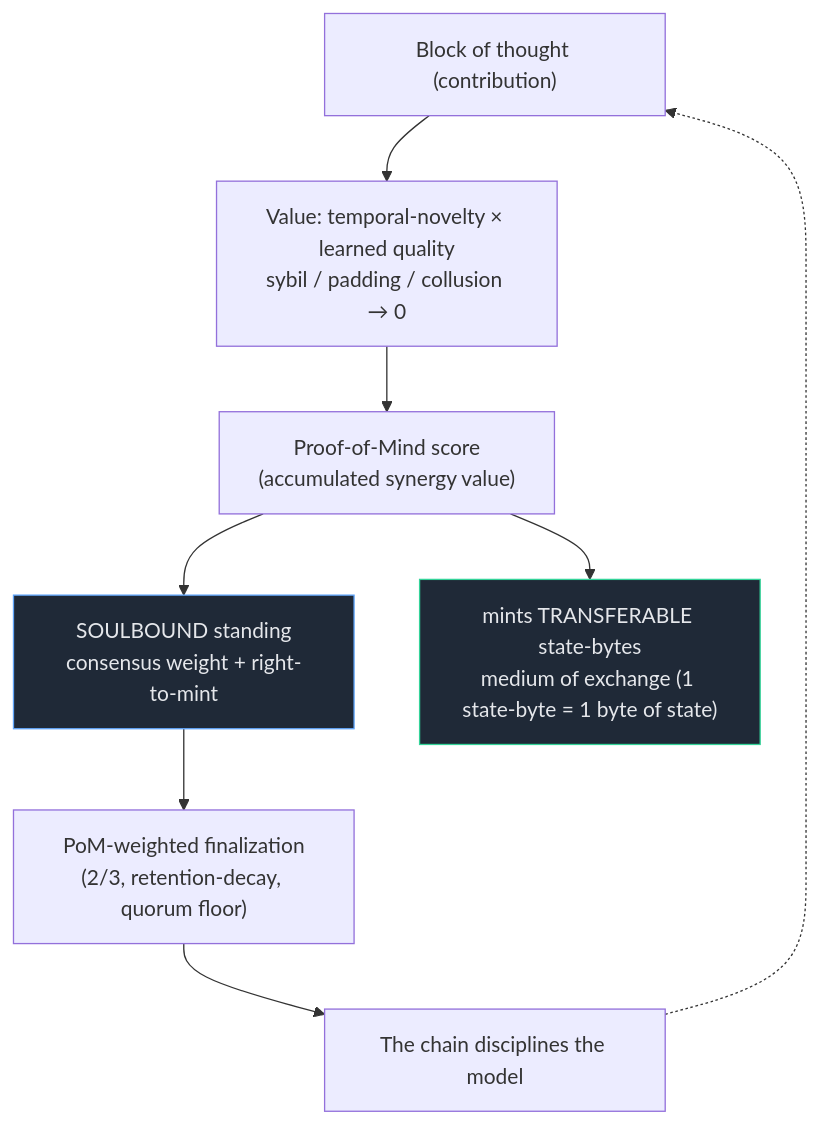
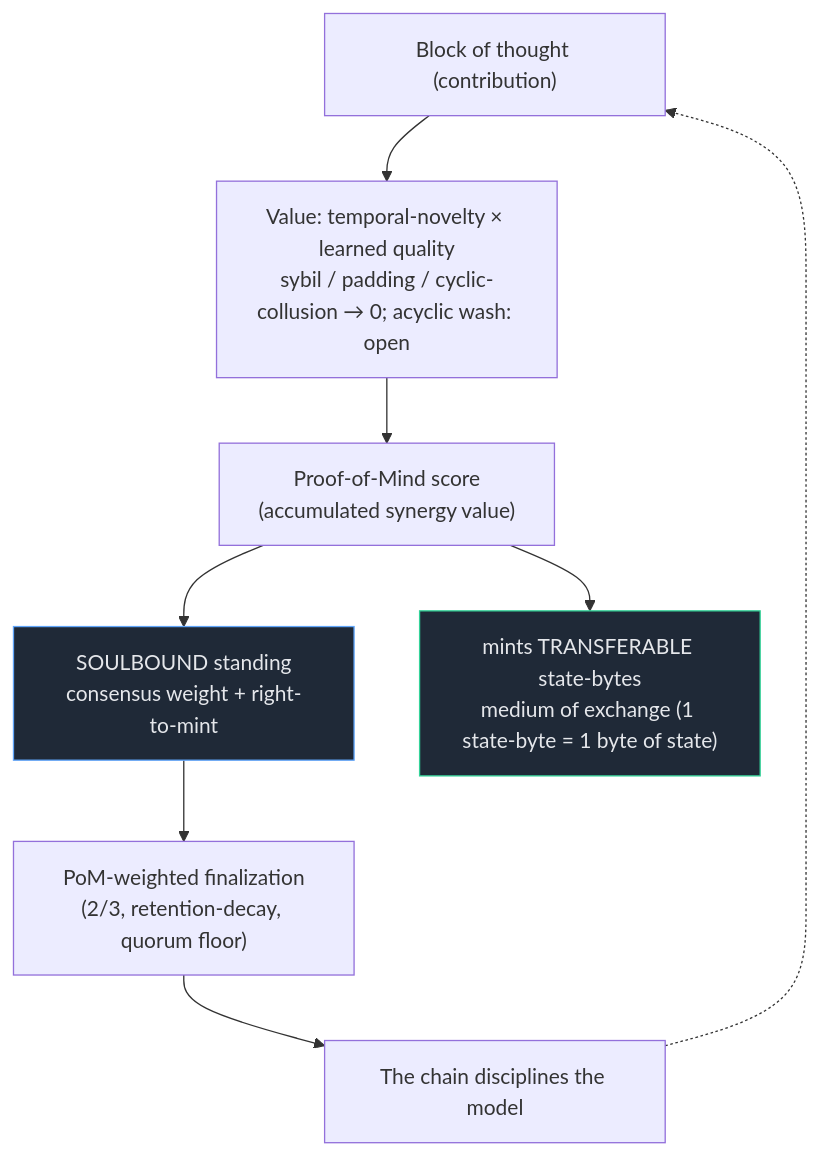
The diagram in README.md (WGlynn/noesis), drawn with Mermaid before and after one commit. The commit also changed other lines of this file, not shown here.

````diff
--- a/README.md
+++ b/README.md
@@ -81,14 +88,14 @@
 ```mermaid
 flowchart TD
-  CONTRIB["Block of thought (contribution)"] --> VAL["Value: temporal-novelty × learned quality<br/>sybil / padding / collusion → 0"]
+  CONTRIB["Block of thought (contribution)"] --> VAL["Value: temporal-novelty × learned quality<br/>sybil / padding / cyclic-collusion → 0; acyclic wash: open"]
   VAL --> POM["Proof-of-Mind score<br/>(accumulated synergy value)"]
   POM --> STAND["SOULBOUND standing<br/>consensus weight + right-to-mint"]
   POM --> BYTES["mints TRANSFERABLE state-bytes<br/>medium of exchange (1 state-byte = 1 byte of state)"]
   STAND --> CONS["PoM-weighted finalization<br/>(2/3, retention-decay, quorum floor)"]
   CONS --> ENF["The chain disciplines the model"]
   ENF -.-> CONTRIB
   classDef sb fill:#1f2937,stroke:#60a5fa,color:#e5e7eb;
   classDef tr fill:#1f2937,stroke:#34d399,color:#e5e7eb;
   class STAND sb
   class BYTES tr
 ```
````
